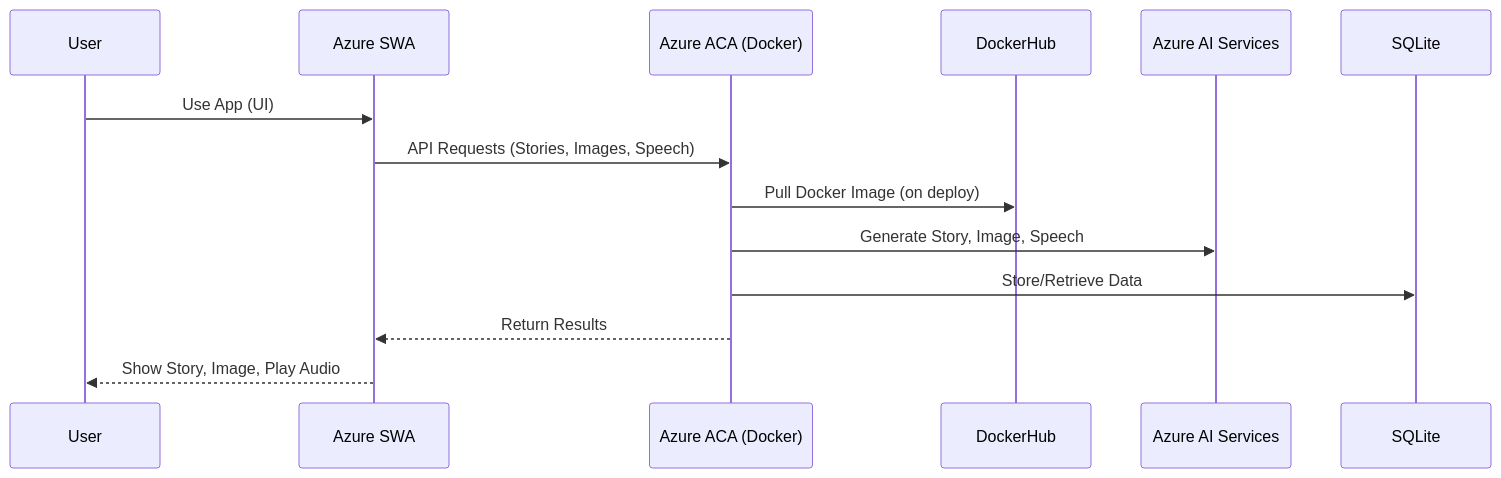
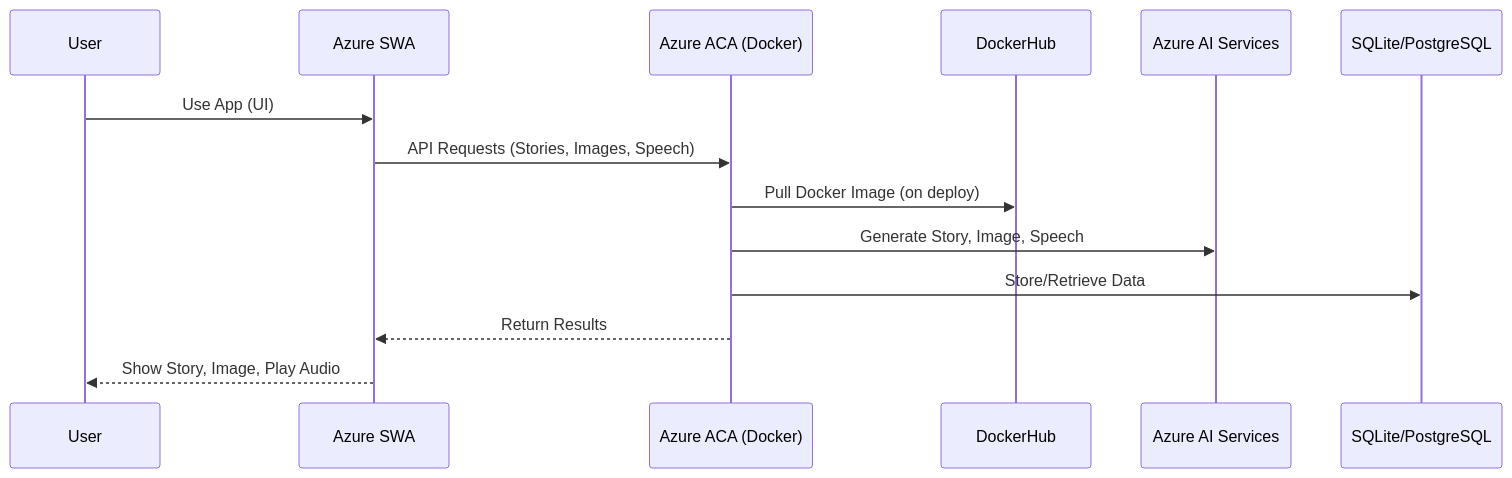
The second of 4 diagrams in README.md (ajmalrasouli/ai-storyteller), drawn with Mermaid before and after one commit. The commit also changed other lines of this file, not shown here.

````diff
--- a/README.md
+++ b/README.md
@@ -160,17 +285,17 @@
 ```mermaid
 sequenceDiagram
     participant User
     participant Frontend as Azure SWA
     participant Backend as Azure ACA (Docker)
     participant DockerHub
     participant AzureAI as Azure AI Services
-    participant DB as SQLite
+    participant DB as SQLite/PostgreSQL
 
     User->>Frontend: Use App (UI)
     Frontend->>Backend: API Requests (Stories, Images, Speech)
     Backend->>DockerHub: Pull Docker Image (on deploy)
     Backend->>AzureAI: Generate Story, Image, Speech
     Backend->>DB: Store/Retrieve Data
     Backend-->>Frontend: Return Results
     Frontend-->>User: Show Story, Image, Play Audio
 ```
````
